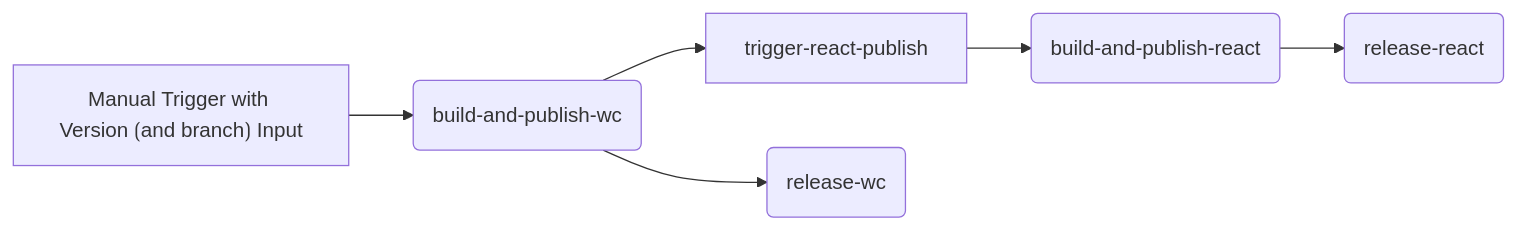
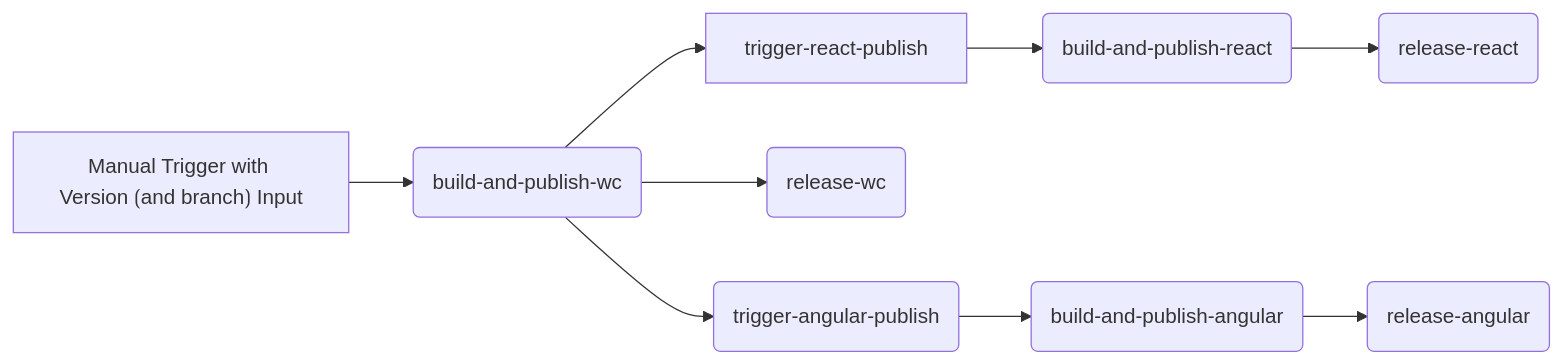
The diagram in RELEASING.md (trimble-oss/modus-wc-2.0), drawn with Mermaid before and after one commit. The commit also changed other lines of this file, not shown here.

````diff
--- a/RELEASING.md
+++ b/RELEASING.md
@@ -37,8 +38,11 @@
 ```mermaid
 graph LR
     A[Manual Trigger with Version ⟮and branch⟯ Input] --> B(build-and-publish-wc)
 	B --> X[trigger-react-publish]
     X --> C(build-and-publish-react)
     B --> D(release-wc)
     C --> E(release-react)
+    B --> F(trigger-angular-publish)
+    F --> G(build-and-publish-angular)
+    G --> H(release-angular)
 ```
````
